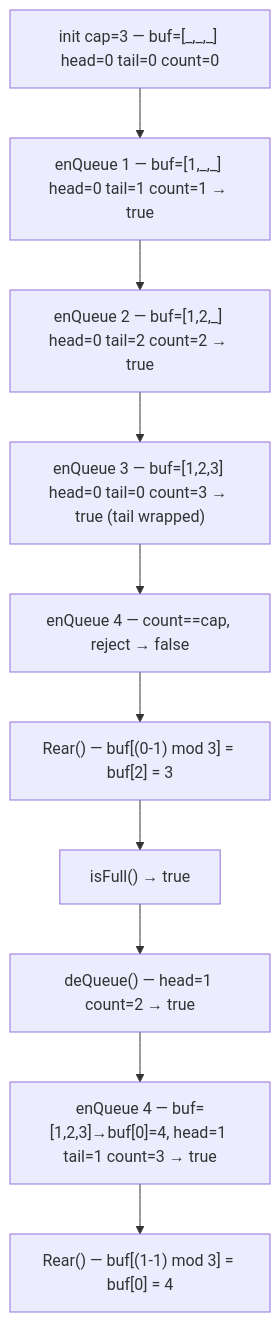
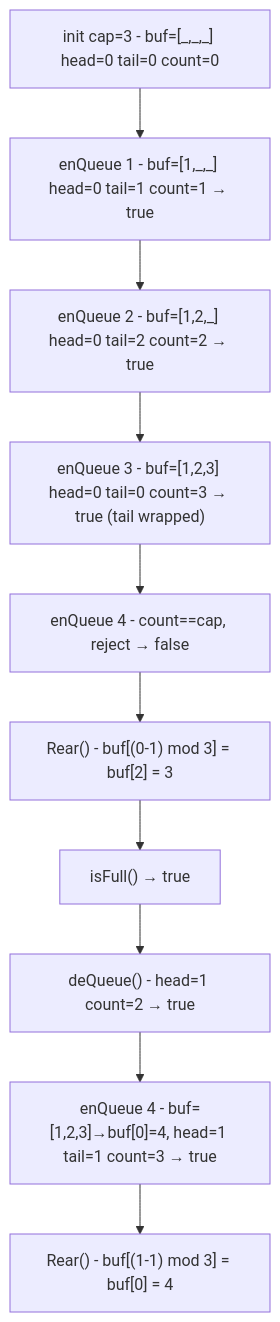
Before and after one commit to Ridzzz0Alam/engineering-path: the second of 2 diagrams in src/data/handbooks/dsa/part-1-linear-data-structures/06-queues-deques.md, drawn with Mermaid. The commit also changed other lines of this file and 283 other files, not shown here.

````diff
--- a/src/data/handbooks/dsa/part-1-linear-data-structures/06-queues-deques.md
+++ b/src/data/handbooks/dsa/part-1-linear-data-structures/06-queues-deques.md
@@ -185,13 +185,13 @@
 ```mermaid
 flowchart TD
-    Init["init cap=3 — buf=[_,_,_] head=0 tail=0 count=0"] --> S1
-    S1["enQueue 1 — buf=[1,_,_] head=0 tail=1 count=1 → true"] --> S2
-    S2["enQueue 2 — buf=[1,2,_] head=0 tail=2 count=2 → true"] --> S3
-    S3["enQueue 3 — buf=[1,2,3] head=0 tail=0 count=3 → true (tail wrapped)"] --> S4
-    S4["enQueue 4 — count==cap, reject → false"] --> S5
-    S5["Rear() — buf[(0-1) mod 3] = buf[2] = 3"] --> S6
+    Init["init cap=3 - buf=[_,_,_] head=0 tail=0 count=0"] --> S1
+    S1["enQueue 1 - buf=[1,_,_] head=0 tail=1 count=1 → true"] --> S2
+    S2["enQueue 2 - buf=[1,2,_] head=0 tail=2 count=2 → true"] --> S3
+    S3["enQueue 3 - buf=[1,2,3] head=0 tail=0 count=3 → true (tail wrapped)"] --> S4
+    S4["enQueue 4 - count==cap, reject → false"] --> S5
+    S5["Rear() - buf[(0-1) mod 3] = buf[2] = 3"] --> S6
     S6["isFull() → true"] --> S7
-    S7["deQueue() — head=1 count=2 → true"] --> S8
-    S8["enQueue 4 — buf=[1,2,3]→buf[0]=4, head=1 tail=1 count=3 → true"] --> S9
-    S9["Rear() — buf[(1-1) mod 3] = buf[0] = 4"]
+    S7["deQueue() - head=1 count=2 → true"] --> S8
+    S8["enQueue 4 - buf=[1,2,3]→buf[0]=4, head=1 tail=1 count=3 → true"] --> S9
+    S9["Rear() - buf[(1-1) mod 3] = buf[0] = 4"]
 ```
````
